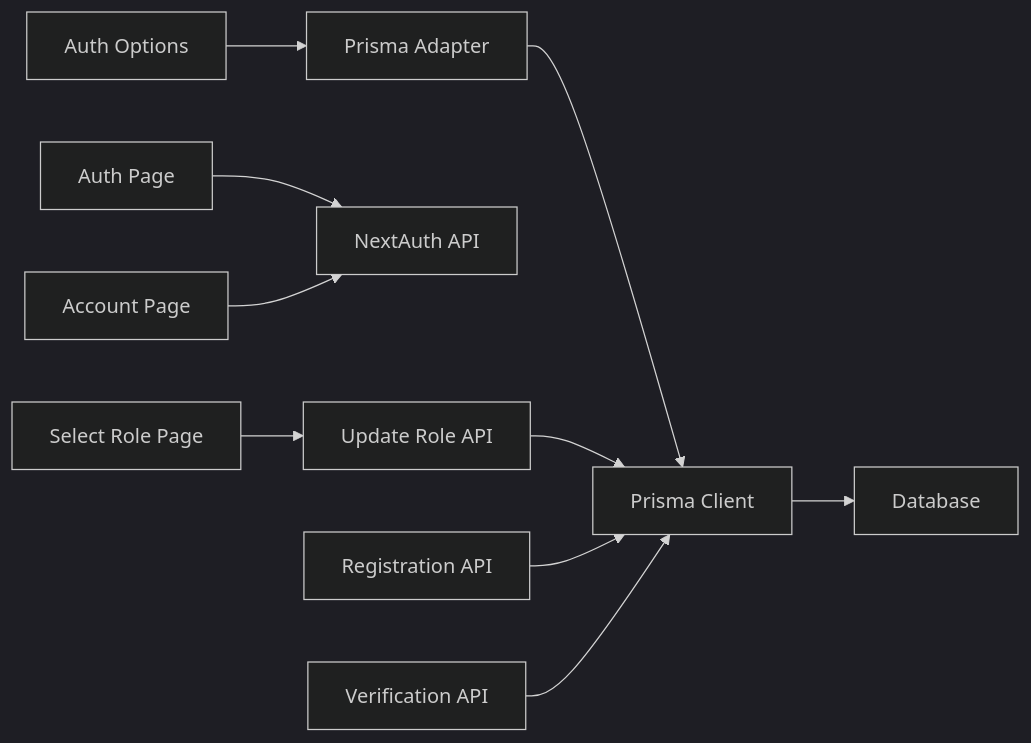
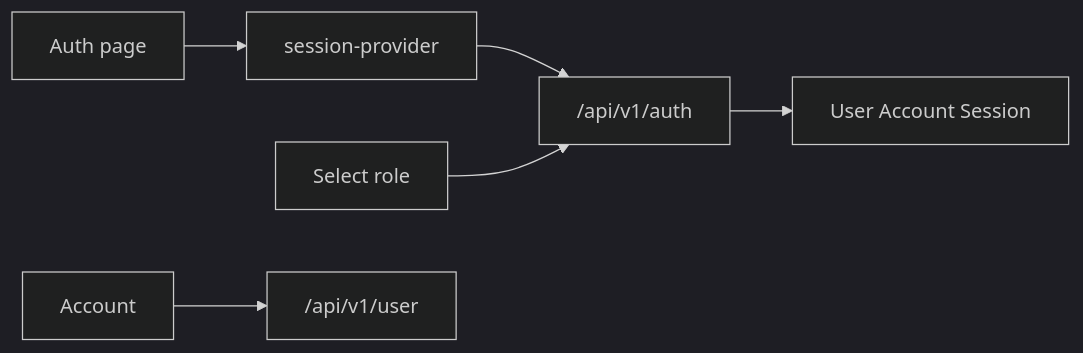
The fifth of 5 diagrams in src/data/docs/talentsync/Feature Implementation/User Management System.md (tashifkhan/tashif.codes), drawn with Mermaid (dark theme) before and after one commit. The commit also changed other lines of this file and 2128 other files, not shown here.

First line of the commit message:
docs: replace raster diagram images with native Mermaid across project guides

````diff
--- a/src/data/docs/talentsync/Feature Implementation/User Management System.md
+++ b/src/data/docs/talentsync/Feature Implementation/User Management System.md
@@ -233,12 +140,8 @@
 ```mermaid
 graph LR
-AO["Auth Options"] --> AD["Prisma Adapter"]
-AD --> PC["Prisma Client"]
-PC --> DB["Database"]
-FE1["Auth Page"] --> NA["NextAuth API"]
-FE2["Select Role Page"] --> UR["Update Role API"]
-FE3["Account Page"] --> NA
-UR --> PC
-REG["Registration API"] --> PC
-VER["Verification API"] --> PC
+FE1["Auth page"] --> SP["session-provider"]
+SP --> AUTH["/api/v1/auth"]
+FE2["Select role"] --> AUTH
+FE3["Account"] --> USER["/api/v1/user"]
+AUTH --> TABLES["User Account Session"]
 ```
````
